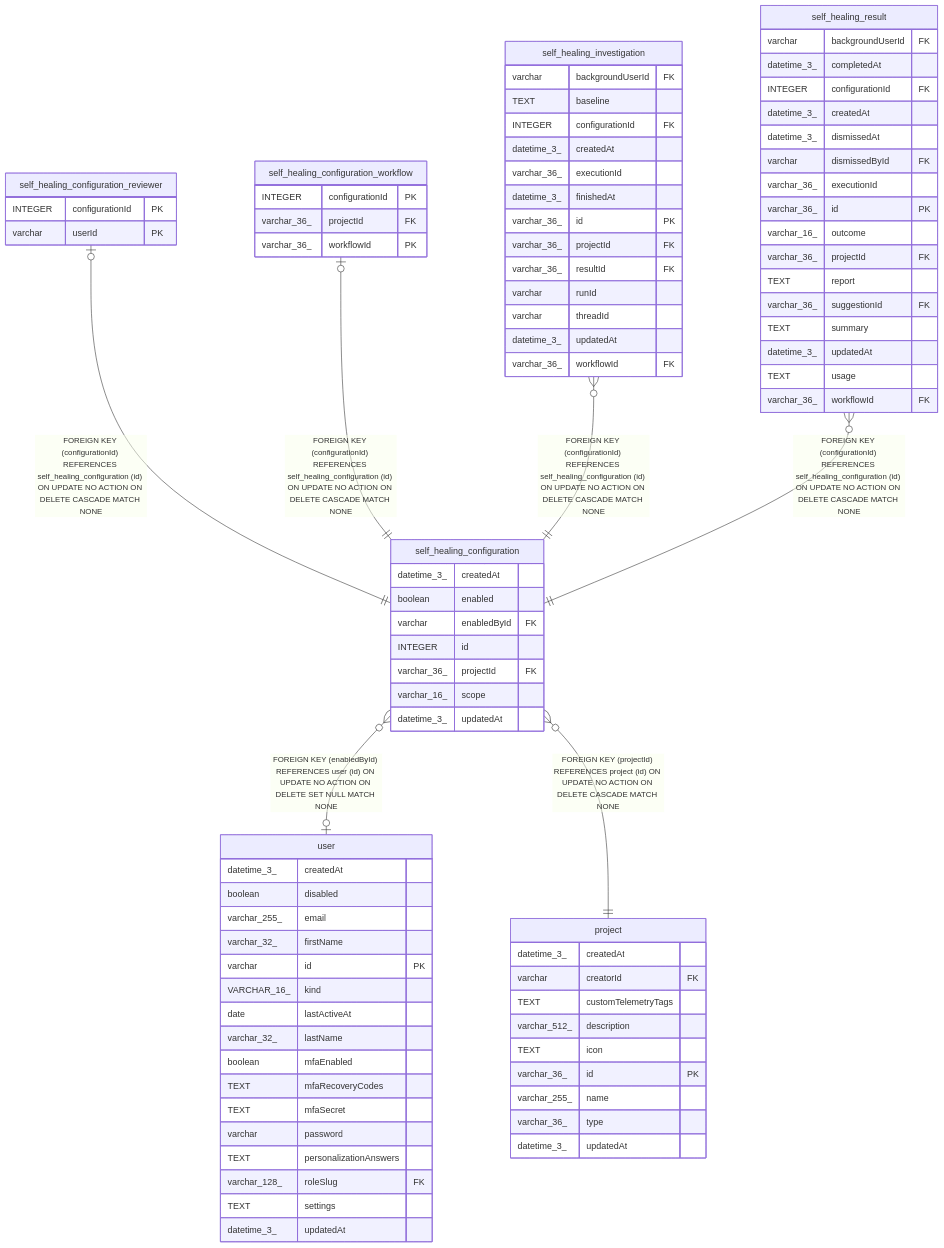
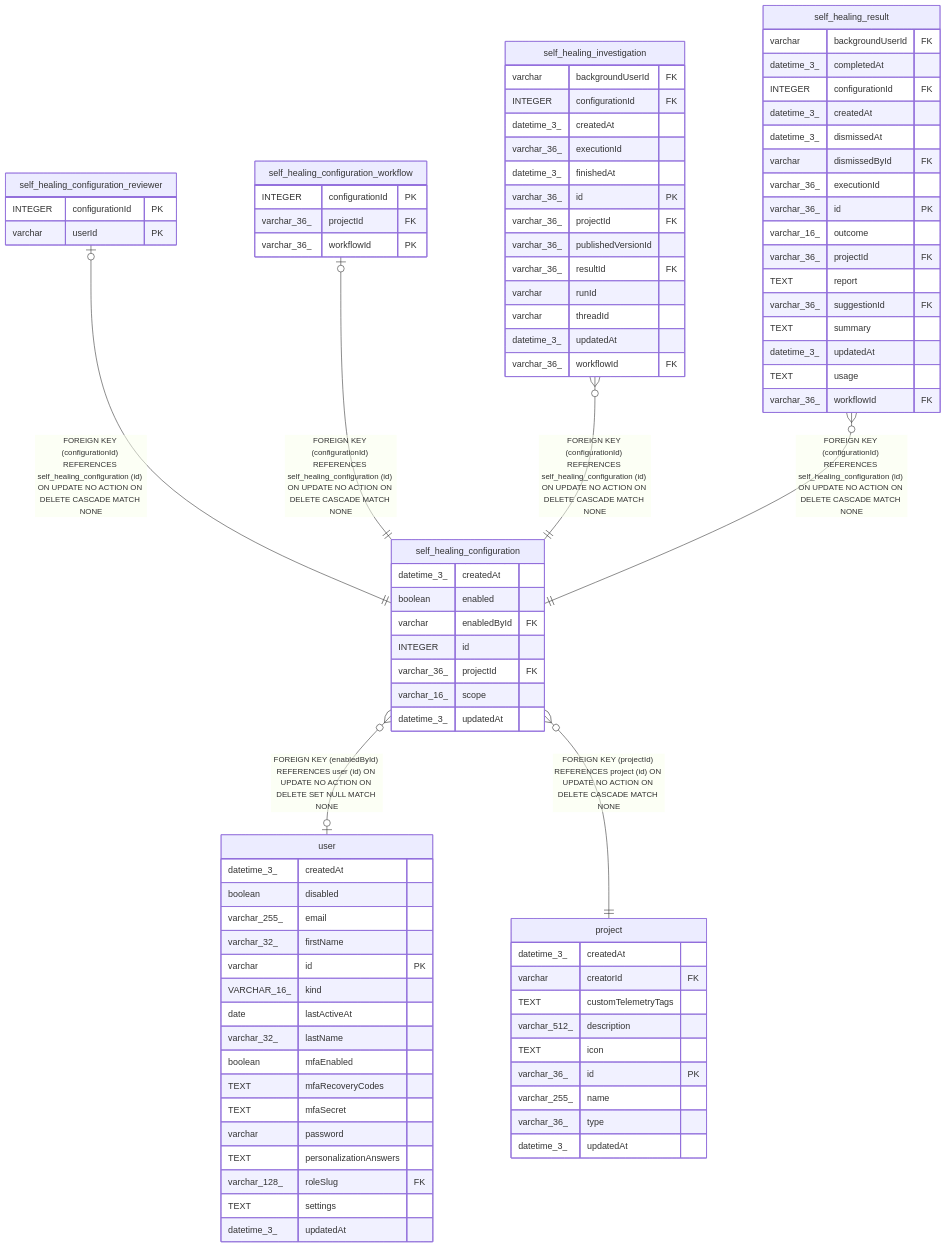
The diagram in docs/generated/sqlite-schema/self_healing_configuration.md (tonky/n8n), drawn with Mermaid before and after one commit. The commit also changed 26 other files, not shown here.

```diff
--- a/docs/generated/sqlite-schema/self_healing_configuration.md
+++ b/docs/generated/sqlite-schema/self_healing_configuration.md
@@ -90,13 +90,13 @@
 }
 "self_healing_investigation" {
   varchar backgroundUserId FK
-  TEXT baseline
   INTEGER configurationId FK
   datetime_3_ createdAt
   varchar_36_ executionId
   datetime_3_ finishedAt
   varchar_36_ id PK
   varchar_36_ projectId FK
+  varchar_36_ publishedVersionId
   varchar_36_ resultId FK
   varchar runId
   varchar threadId
```
